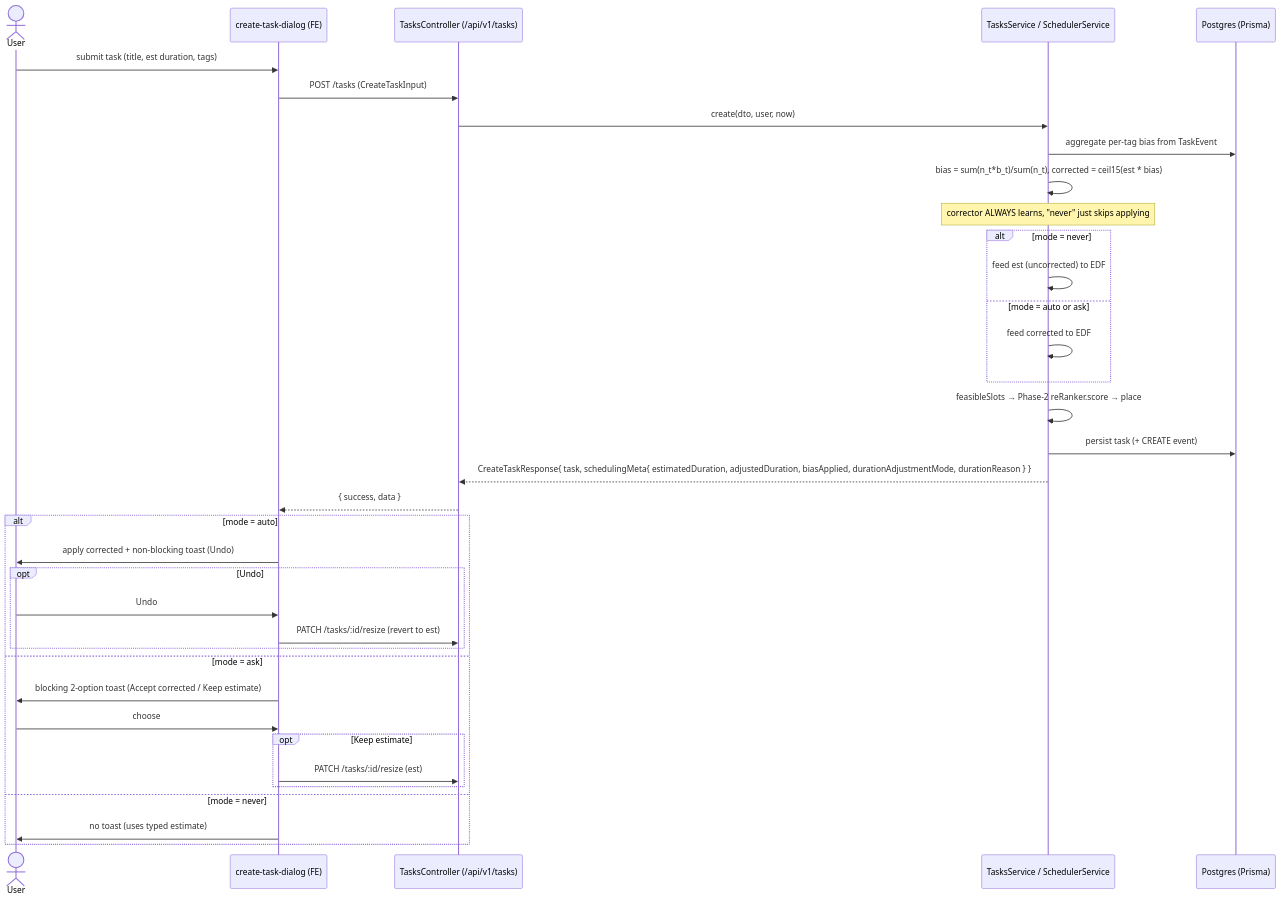
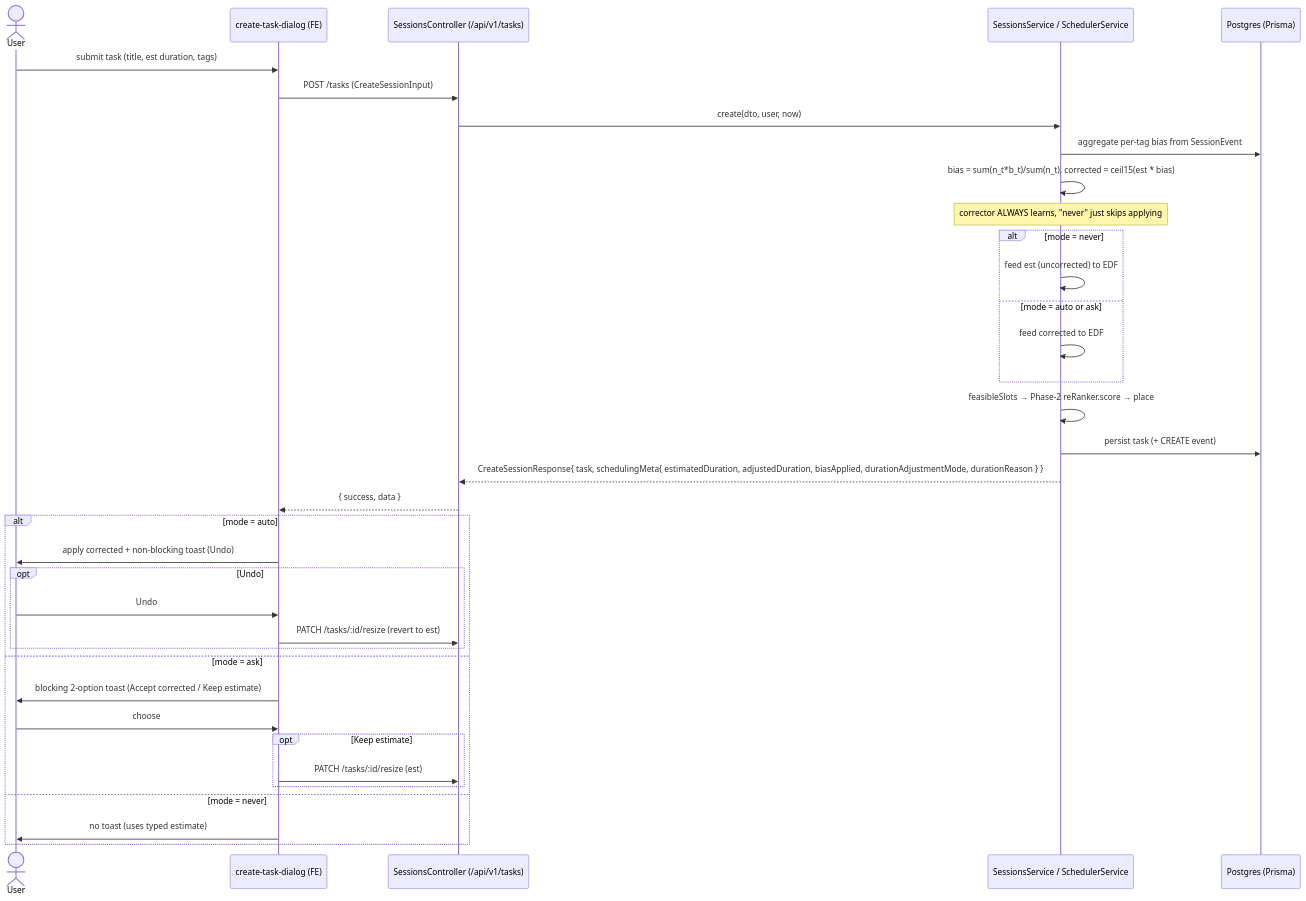
The third of 5 diagrams in docs/adr/0001-phase-2-scheduling-heuristic-and-transparency-ui.md (tryzenflow/zenflow), drawn with Mermaid before and after one commit. The commit also changed other lines of this file and 197 other files, not shown here.

````diff
--- a/docs/adr/0001-phase-2-scheduling-heuristic-and-transparency-ui.md
+++ b/docs/adr/0001-phase-2-scheduling-heuristic-and-transparency-ui.md
@@ -598,39 +601,39 @@
 ```mermaid
 sequenceDiagram
   actor U as User
   participant FE as create-task-dialog (FE)
-  participant API as TasksController (/api/v1/tasks)
-  participant SVC as TasksService / SchedulerService
+  participant API as SessionsController (/api/v1/tasks)
+  participant SVC as SessionsService / SchedulerService
   participant DB as Postgres (Prisma)
 
   U->>FE: submit task (title, est duration, tags)
-  FE->>API: POST /tasks (CreateTaskInput)
+  FE->>API: POST /tasks (CreateSessionInput)
   API->>SVC: create(dto, user, now)
-  SVC->>DB: aggregate per-tag bias from TaskEvent
+  SVC->>DB: aggregate per-tag bias from SessionEvent
   SVC->>SVC: bias = sum(n_t*b_t)/sum(n_t), corrected = ceil15(est * bias)
   Note over SVC: corrector ALWAYS learns, "never" just skips applying
   alt mode = never
     SVC->>SVC: feed est (uncorrected) to EDF
   else mode = auto or ask
     SVC->>SVC: feed corrected to EDF
   end
   SVC->>SVC: feasibleSlots → Phase-2 reRanker.score → place
   SVC->>DB: persist task (+ CREATE event)
-  SVC-->>API: CreateTaskResponse{ task, schedulingMeta{ estimatedDuration, adjustedDuration, biasApplied, durationAdjustmentMode, durationReason } }
+  SVC-->>API: CreateSessionResponse{ task, schedulingMeta{ estimatedDuration, adjustedDuration, biasApplied, durationAdjustmentMode, durationReason } }
   API-->>FE: { success, data }
   alt mode = auto
     FE->>U: apply corrected + non-blocking toast (Undo)
     opt Undo
       U->>FE: Undo
       FE->>API: PATCH /tasks/:id/resize (revert to est)
     end
   else mode = ask
     FE->>U: blocking 2-option toast (Accept corrected / Keep estimate)
     U->>FE: choose
     opt Keep estimate
       FE->>API: PATCH /tasks/:id/resize (est)
     end
   else mode = never
     FE->>U: no toast (uses typed estimate)
   end
 ```
````
